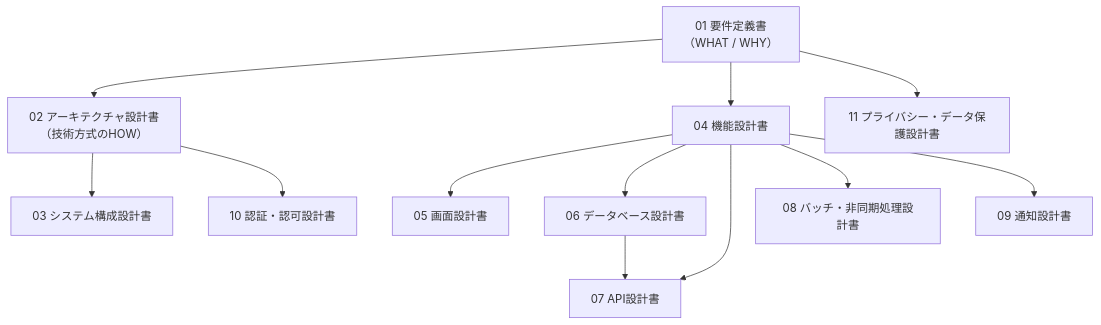
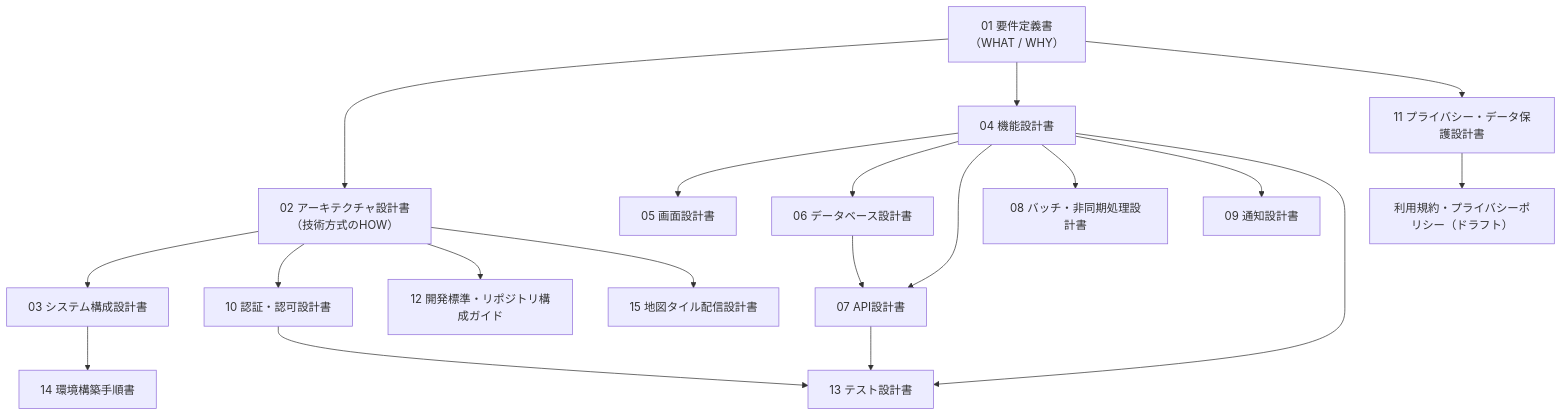
One commit to yasudaProduct/machibin changed the diagram in docs/README.md. Above: the diagram before and after it, drawn with Mermaid. The commit also changed other lines of this file and 6 other files, not shown here.

First line of the commit message:
基本設計: 実装準備フェーズの設計書（開発標準・テスト・環境構築・地図タイル）と規約ドラフトを追加

````diff
--- a/docs/README.md
+++ b/docs/README.md
@@ -28,14 +41,21 @@
 ```mermaid
 flowchart TB
     R01["01 要件定義書<br/>（WHAT / WHY）"] --> R02["02 アーキテクチャ設計書<br/>（技術方式のHOW）"]
     R02 --> D03["03 システム構成設計書"]
     R01 --> D04["04 機能設計書"]
     D04 --> D05["05 画面設計書"]
     D04 --> D06["06 データベース設計書"]
     D04 --> D07["07 API設計書"]
     D06 --> D07
     D04 --> D08["08 バッチ・非同期処理設計書"]
     D04 --> D09["09 通知設計書"]
     R02 --> D10["10 認証・認可設計書"]
     R01 --> D11["11 プライバシー・データ保護設計書"]
+    R02 --> D12["12 開発標準・リポジトリ構成ガイド"]
+    D04 --> D13["13 テスト設計書"]
+    D07 --> D13
+    D10 --> D13
+    D03 --> D14["14 環境構築手順書"]
+    R02 --> D15["15 地図タイル配信設計書"]
+    D11 --> L01["利用規約・プライバシーポリシー（ドラフト）"]
 ```
````
